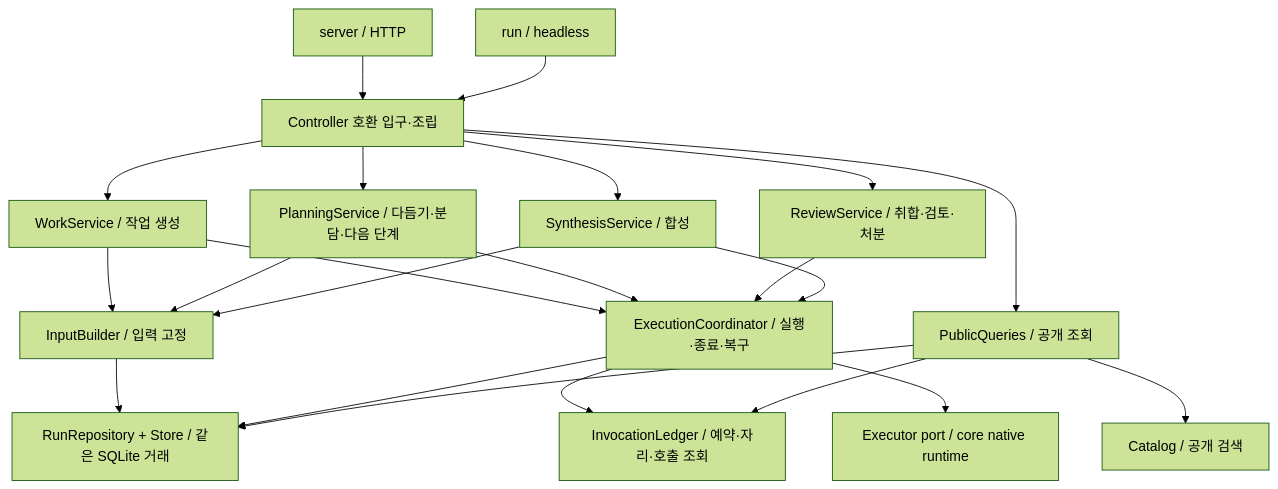
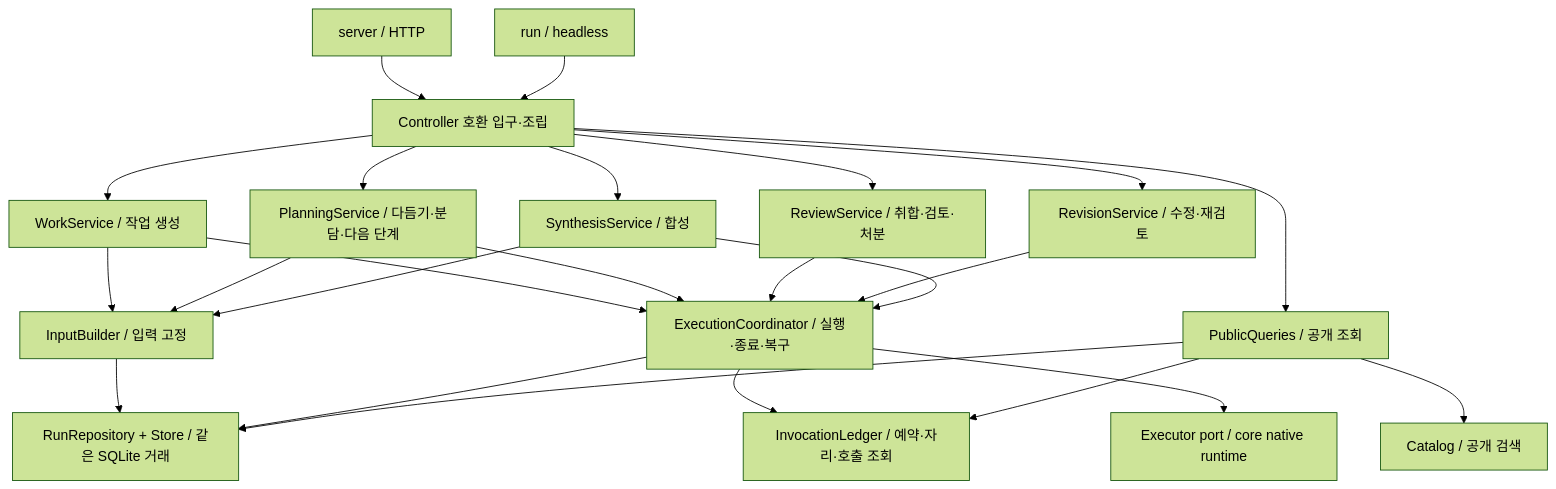
Before and after one commit to inlight37-design/decision-model_lab: the diagram in app/ARCHITECTURE.md, drawn with Mermaid (forest theme). The commit also changed other lines of this file and 25 other files, not shown here.

````diff
--- a/app/ARCHITECTURE.md
+++ b/app/ARCHITECTURE.md
@@ -7,24 +7,26 @@
 ```mermaid
 flowchart TD
   HTTP[server / HTTP] --> F[Controller 호환 입구·조립]
   CLI[run / headless] --> F
   F --> W[WorkService / 작업 생성]
   F --> P[PlanningService / 다듬기·분담·다음 단계]
   F --> R[ReviewService / 취합·검토·처분]
+  F --> V[RevisionService / 수정·재검토]
   F --> S[SynthesisService / 합성]
   F --> Q[PublicQueries / 공개 조회]
   W --> I[InputBuilder / 입력 고정]
   P --> I
   S --> I
   W --> E[ExecutionCoordinator / 실행·종료·복구]
   P --> E
   R --> E
+  V --> E
   S --> E
   E --> L[InvocationLedger / 예약·자리·호출 조회]
   Q --> L
   E --> X[Executor port / core native runtime]
   Q --> C[Catalog / 공개 검색]
   I --> DB[RunRepository + Store / 같은 SQLite 거래]
   E --> DB
   Q --> DB
 ```
````
